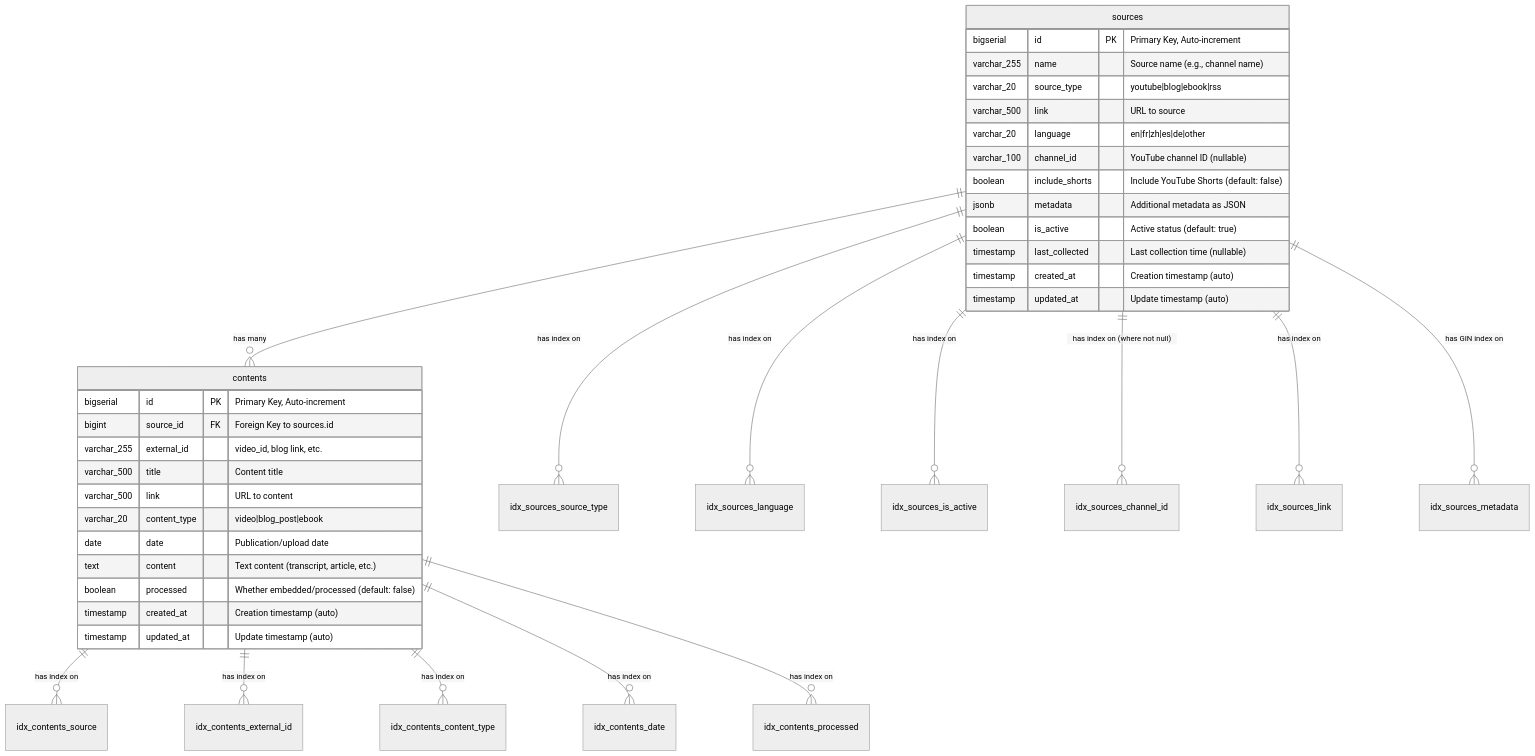
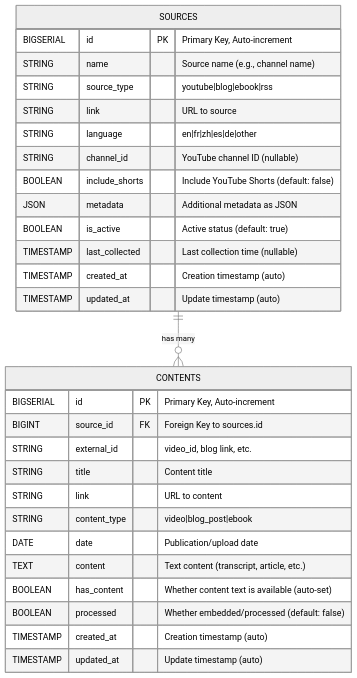
One commit to Joriiss/sinotales-dashboard changed the diagram in DATABASE_DIAGRAM.md. Above: the diagram before and after it, drawn with Mermaid (neutral theme). The commit also changed other lines of this file and 1 other file, not shown here.

Commit message:
improved ui

````diff
--- a/DATABASE_DIAGRAM.md
+++ b/DATABASE_DIAGRAM.md
@@ -5,47 +5,35 @@
 ```mermaid
 erDiagram
-    sources {
-        bigserial id PK "Primary Key, Auto-increment"
-        varchar_255 name "Source name (e.g., channel name)"
-        varchar_20 source_type "youtube|blog|ebook|rss"
-        varchar_500 link "URL to source"
-        varchar_20 language "en|fr|zh|es|de|other"
-        varchar_100 channel_id "YouTube channel ID (nullable)"
-        boolean include_shorts "Include YouTube Shorts (default: false)"
-        jsonb metadata "Additional metadata as JSON"
-        boolean is_active "Active status (default: true)"
-        timestamp last_collected "Last collection time (nullable)"
-        timestamp created_at "Creation timestamp (auto)"
-        timestamp updated_at "Update timestamp (auto)"
+
+    SOURCES {
+        BIGSERIAL id PK "Primary Key, Auto-increment"
+        STRING name "Source name (e.g., channel name)"
+        STRING source_type "youtube|blog|ebook|rss"
+        STRING link "URL to source"
+        STRING language "en|fr|zh|es|de|other"
+        STRING channel_id "YouTube channel ID (nullable)"
+        BOOLEAN include_shorts "Include YouTube Shorts (default: false)"
+        JSON metadata "Additional metadata as JSON"
+        BOOLEAN is_active "Active status (default: true)"
+        TIMESTAMP last_collected "Last collection time (nullable)"
+        TIMESTAMP created_at "Creation timestamp (auto)"
+        TIMESTAMP updated_at "Update timestamp (auto)"
     }
-    
-    contents {
-        bigserial id PK "Primary Key, Auto-increment"
-        bigint source_id FK "Foreign Key to sources.id"
-        varchar_255 external_id "video_id, blog link, etc."
-        varchar_500 title "Content title"
-        varchar_500 link "URL to content"
-        varchar_20 content_type "video|blog_post|ebook"
-        date date "Publication/upload date"
-        text content "Text content (transcript, article, etc.)"
-        boolean processed "Whether embedded/processed (default: false)"
-        timestamp created_at "Creation timestamp (auto)"
-        timestamp updated_at "Update timestamp (auto)"
+
+    CONTENTS {
+        BIGSERIAL id PK "Primary Key, Auto-increment"
+        BIGINT source_id FK "Foreign Key to sources.id"
+        STRING external_id "video_id, blog link, etc."
+        STRING title "Content title"
+        STRING link "URL to content"
+        STRING content_type "video|blog_post|ebook"
+        DATE date "Publication/upload date"
+        TEXT content "Text content (transcript, article, etc.)"
+        BOOLEAN has_content "Whether content text is available (auto-set)"
+        BOOLEAN processed "Whether embedded/processed (default: false)"
+        TIMESTAMP created_at "Creation timestamp (auto)"
+        TIMESTAMP updated_at "Update timestamp (auto)"
     }
-    
-    sources ||--o{ contents : "has many"
-    
-    %% Indexes
-    sources ||--o{ "idx_sources_source_type" : "has index on"
-    sources ||--o{ "idx_sources_language" : "has index on"
-    sources ||--o{ "idx_sources_is_active" : "has index on"
-    sources ||--o{ "idx_sources_channel_id" : "has index on (where not null)"
-    sources ||--o{ "idx_sources_link" : "has index on"
-    sources ||--o{ "idx_sources_metadata" : "has GIN index on"
-    
-    contents ||--o{ "idx_contents_source" : "has index on"
-    contents ||--o{ "idx_contents_external_id" : "has index on"
-    contents ||--o{ "idx_contents_content_type" : "has index on"
-    contents ||--o{ "idx_contents_date" : "has index on"
-    contents ||--o{ "idx_contents_processed" : "has index on"
+
+    SOURCES ||--o{ CONTENTS : "has many"
 ```
````
